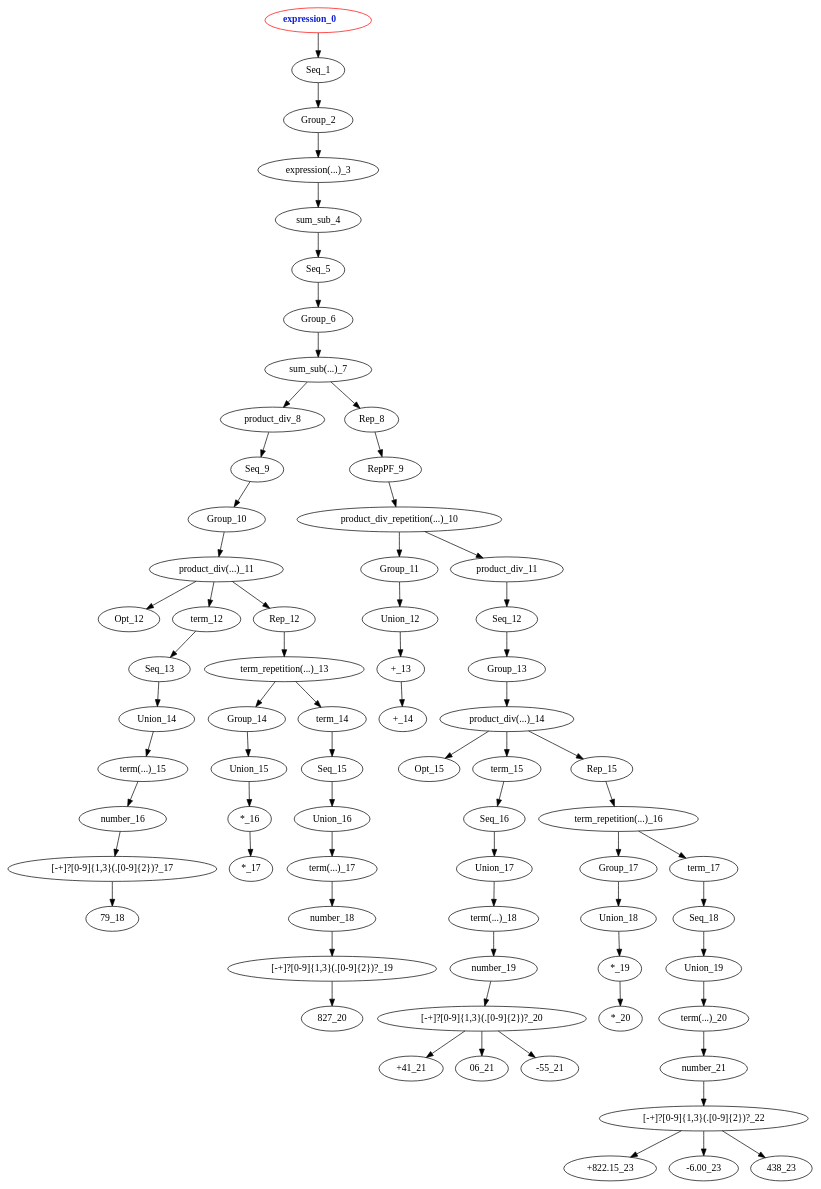
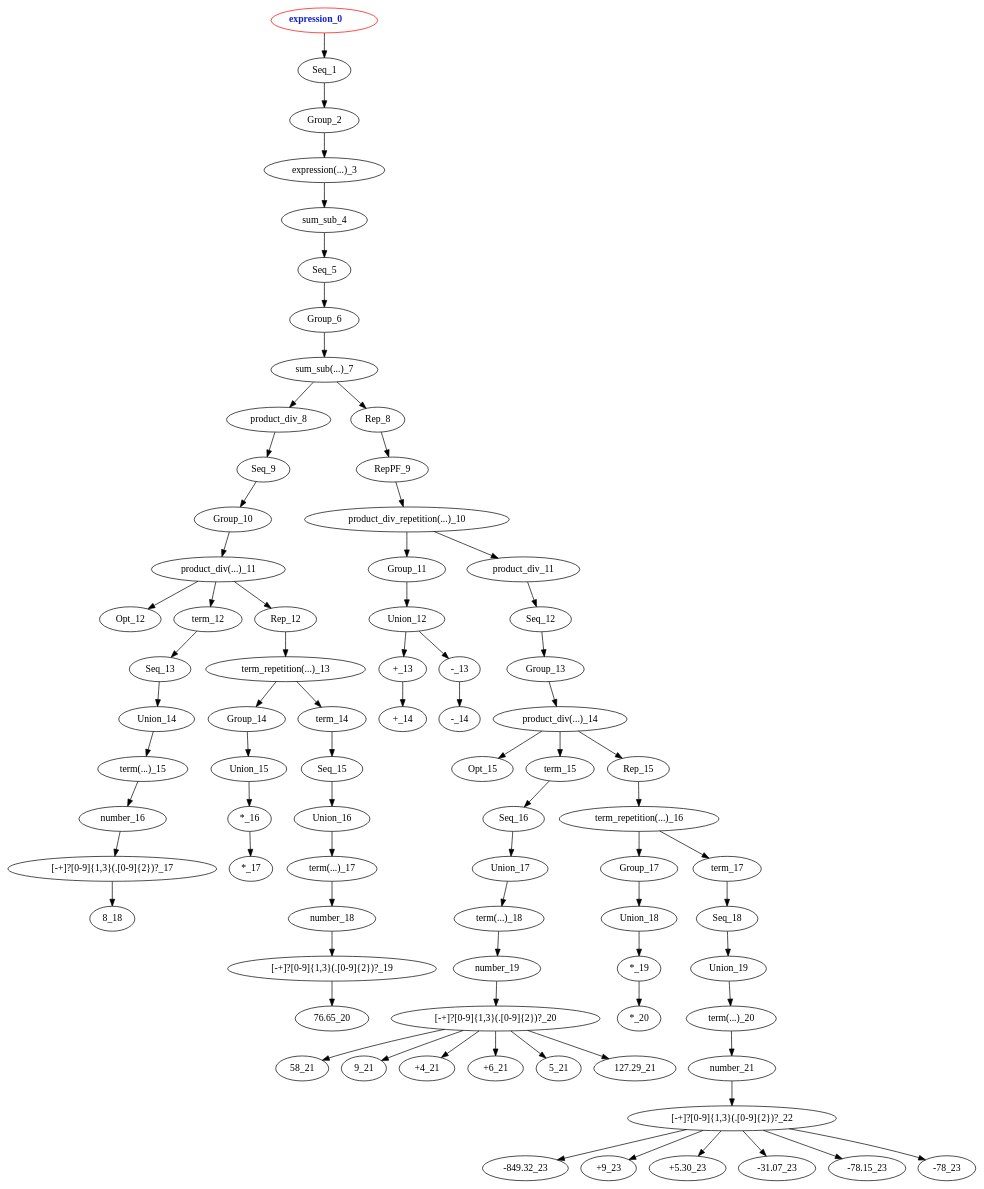
Before and after one commit to 0x1DOCD00D/GEMCEAS: the diagram in outputs/ArithmeticExpression.dot, drawn with Graphviz. The commit also changed 2 other files, not shown here.

```diff
--- a/outputs/ArithmeticExpression.dot
+++ b/outputs/ArithmeticExpression.dot
@@ -1,72 +1,80 @@
 digraph "ArithmeticExpression" {
 edge ["class"="link-class"]
 "expression_0" ["color"="red","label"=<<b>expression_0</b>>,"fontcolor"="#1020d0"]
 "expression_0" -> "Seq_1" ["weight"="2.0"]
 "Seq_1" -> "Group_2" ["weight"="2.0"]
 "Group_2" -> "expression(...)_3" ["weight"="2.0"]
 "expression(...)_3" -> "sum_sub_4" ["weight"="2.0"]
 "sum_sub_4" -> "Seq_5" ["weight"="2.0"]
 "Seq_5" -> "Group_6" ["weight"="2.0"]
 "Group_6" -> "sum_sub(...)_7" ["weight"="2.0"]
 "sum_sub(...)_7" -> "product_div_8" ["weight"="2.0"]
 "sum_sub(...)_7" -> "Rep_8" ["weight"="2.0"]
 "Rep_8" -> "RepPF_9" ["weight"="2.0"]
 "product_div_8" -> "Seq_9" ["weight"="2.0"]
 "Seq_9" -> "Group_10" ["weight"="2.0"]
 "Group_10" -> "product_div(...)_11" ["weight"="2.0"]
 "product_div(...)_11" -> "Opt_12" ["weight"="2.0"]
 "product_div(...)_11" -> "term_12" ["weight"="2.0"]
 "product_div(...)_11" -> "Rep_12" ["weight"="2.0"]
 "Rep_12" -> "term_repetition(...)_13" ["weight"="2.0"]
 "term_12" -> "Seq_13" ["weight"="2.0"]
 "Seq_13" -> "Union_14" ["weight"="2.0"]
 "Union_14" -> "term(...)_15" ["weight"="2.0"]
 "term(...)_15" -> "number_16" ["weight"="2.0"]
 "number_16" -> "[\-\+]?[0-9]{1,3}(\.[0-9]{2})?_17" ["weight"="2.0"]
-"[\-\+]?[0-9]{1,3}(\.[0-9]{2})?_17" -> "79_18" ["weight"="2.0"]
+"[\-\+]?[0-9]{1,3}(\.[0-9]{2})?_17" -> "8_18" ["weight"="2.0"]
 "term_repetition(...)_13" -> "Group_14" ["weight"="2.0"]
 "term_repetition(...)_13" -> "term_14" ["weight"="2.0"]
 "term_14" -> "Seq_15" ["weight"="2.0"]
 "Group_14" -> "Union_15" ["weight"="2.0"]
 "Union_15" -> "*_16" ["weight"="2.0"]
 "*_16" -> "*_17" ["weight"="2.0"]
 "Seq_15" -> "Union_16" ["weight"="2.0"]
 "Union_16" -> "term(...)_17" ["weight"="2.0"]
 "term(...)_17" -> "number_18" ["weight"="2.0"]
 "number_18" -> "[\-\+]?[0-9]{1,3}(\.[0-9]{2})?_19" ["weight"="2.0"]
-"[\-\+]?[0-9]{1,3}(\.[0-9]{2})?_19" -> "827_20" ["weight"="2.0"]
+"[\-\+]?[0-9]{1,3}(\.[0-9]{2})?_19" -> "76.65_20" ["weight"="2.0"]
 "RepPF_9" -> "product_div_repetition(...)_10" ["weight"="2.0"]
 "product_div_repetition(...)_10" -> "Group_11" ["weight"="2.0"]
 "product_div_repetition(...)_10" -> "product_div_11" ["weight"="2.0"]
 "product_div_11" -> "Seq_12" ["weight"="2.0"]
 "Group_11" -> "Union_12" ["weight"="2.0"]
 "Union_12" -> "+_13" ["weight"="2.0"]
+"Union_12" -> "-_13" ["weight"="2.0"]
+"-_13" -> "-_14" ["weight"="2.0"]
 "+_13" -> "+_14" ["weight"="2.0"]
 "Seq_12" -> "Group_13" ["weight"="2.0"]
 "Group_13" -> "product_div(...)_14" ["weight"="2.0"]
 "product_div(...)_14" -> "Opt_15" ["weight"="2.0"]
 "product_div(...)_14" -> "term_15" ["weight"="2.0"]
 "product_div(...)_14" -> "Rep_15" ["weight"="2.0"]
 "Rep_15" -> "term_repetition(...)_16" ["weight"="2.0"]
 "term_15" -> "Seq_16" ["weight"="2.0"]
 "Seq_16" -> "Union_17" ["weight"="2.0"]
 "Union_17" -> "term(...)_18" ["weight"="2.0"]
 "term(...)_18" -> "number_19" ["weight"="2.0"]
 "number_19" -> "[\-\+]?[0-9]{1,3}(\.[0-9]{2})?_20" ["weight"="2.0"]
-"[\-\+]?[0-9]{1,3}(\.[0-9]{2})?_20" -> "+41_21" ["weight"="2.0"]
-"[\-\+]?[0-9]{1,3}(\.[0-9]{2})?_20" -> "06_21" ["weight"="2.0"]
-"[\-\+]?[0-9]{1,3}(\.[0-9]{2})?_20" -> "-55_21" ["weight"="2.0"]
+"[\-\+]?[0-9]{1,3}(\.[0-9]{2})?_20" -> "58_21" ["weight"="2.0"]
+"[\-\+]?[0-9]{1,3}(\.[0-9]{2})?_20" -> "9_21" ["weight"="2.0"]
+"[\-\+]?[0-9]{1,3}(\.[0-9]{2})?_20" -> "+4_21" ["weight"="2.0"]
+"[\-\+]?[0-9]{1,3}(\.[0-9]{2})?_20" -> "+6_21" ["weight"="2.0"]
+"[\-\+]?[0-9]{1,3}(\.[0-9]{2})?_20" -> "5_21" ["weight"="2.0"]
+"[\-\+]?[0-9]{1,3}(\.[0-9]{2})?_20" -> "127.29_21" ["weight"="2.0"]
 "term_repetition(...)_16" -> "Group_17" ["weight"="2.0"]
 "term_repetition(...)_16" -> "term_17" ["weight"="2.0"]
 "term_17" -> "Seq_18" ["weight"="2.0"]
 "Group_17" -> "Union_18" ["weight"="2.0"]
 "Union_18" -> "*_19" ["weight"="2.0"]
 "*_19" -> "*_20" ["weight"="2.0"]
 "Seq_18" -> "Union_19" ["weight"="2.0"]
 "Union_19" -> "term(...)_20" ["weight"="2.0"]
 "term(...)_20" -> "number_21" ["weight"="2.0"]
 "number_21" -> "[\-\+]?[0-9]{1,3}(\.[0-9]{2})?_22" ["weight"="2.0"]
-"[\-\+]?[0-9]{1,3}(\.[0-9]{2})?_22" -> "+822.15_23" ["weight"="2.0"]
-"[\-\+]?[0-9]{1,3}(\.[0-9]{2})?_22" -> "-6.00_23" ["weight"="2.0"]
-"[\-\+]?[0-9]{1,3}(\.[0-9]{2})?_22" -> "438_23" ["weight"="2.0"]
+"[\-\+]?[0-9]{1,3}(\.[0-9]{2})?_22" -> "-849.32_23" ["weight"="2.0"]
+"[\-\+]?[0-9]{1,3}(\.[0-9]{2})?_22" -> "+9_23" ["weight"="2.0"]
+"[\-\+]?[0-9]{1,3}(\.[0-9]{2})?_22" -> "+5.30_23" ["weight"="2.0"]
+"[\-\+]?[0-9]{1,3}(\.[0-9]{2})?_22" -> "-31.07_23" ["weight"="2.0"]
+"[\-\+]?[0-9]{1,3}(\.[0-9]{2})?_22" -> "-78.15_23" ["weight"="2.0"]
+"[\-\+]?[0-9]{1,3}(\.[0-9]{2})?_22" -> "-78_23" ["weight"="2.0"]
 }
```
